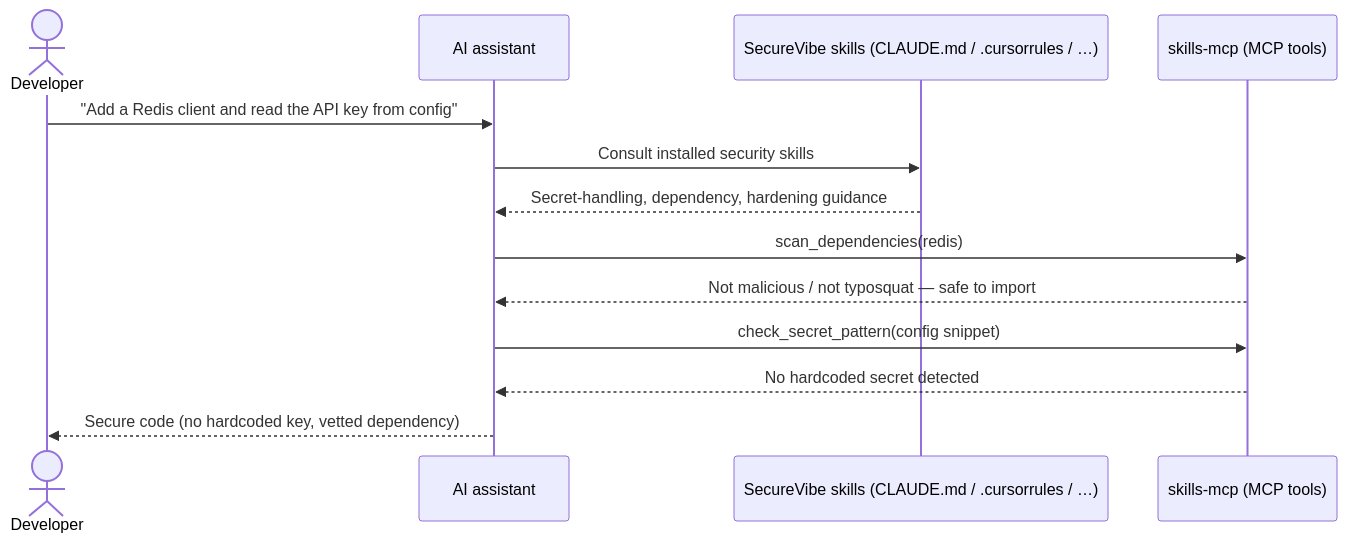
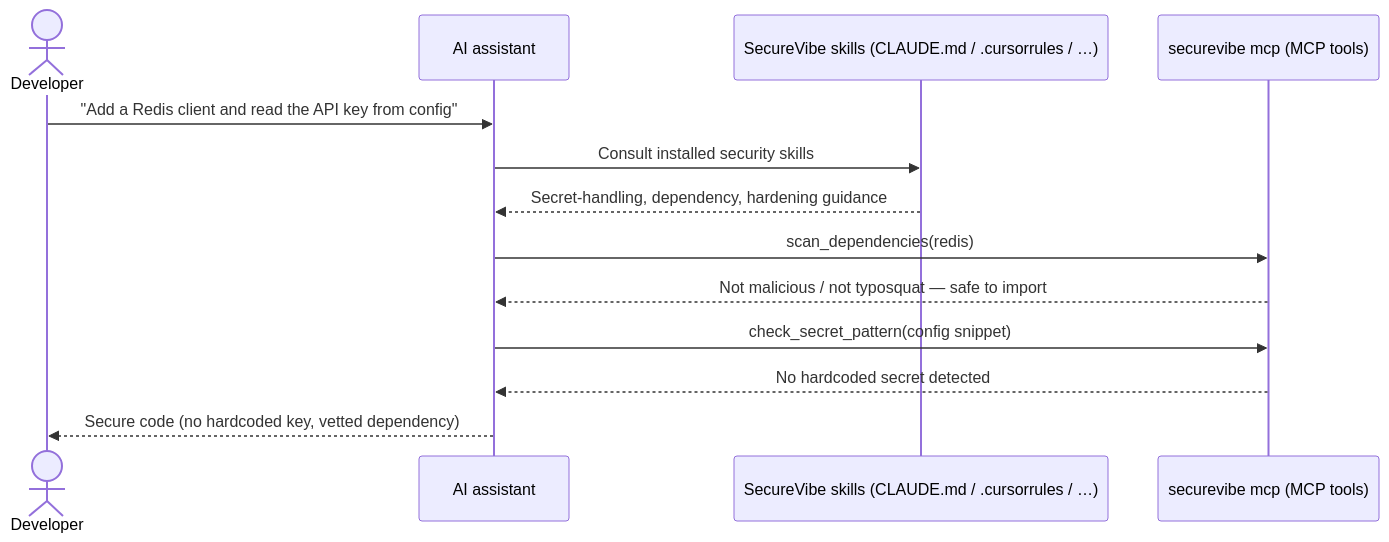
The diagram in docs/guides/developer.md (ShieldNet-360/securevibe), drawn with Mermaid before and after one commit. The commit also changed other lines of this file and 4 other files, not shown here.

First line of the commit message:
docs(guides): consistent naming — skills-check->securevibe, skills-mcp->securevibe mcp, install->npm

````diff
--- a/docs/guides/developer.md
+++ b/docs/guides/developer.md
@@ -18,16 +18,16 @@
 ```mermaid
 sequenceDiagram
     actor Dev as Developer
     participant AI as AI assistant
     participant Skills as SecureVibe skills (CLAUDE.md / .cursorrules / …)
-    participant MCP as skills-mcp (MCP tools)
+    participant MCP as securevibe mcp (MCP tools)
 
     Dev->>AI: "Add a Redis client and read the API key from config"
     AI->>Skills: Consult installed security skills
     Skills-->>AI: Secret-handling, dependency, hardening guidance
     AI->>MCP: scan_dependencies(redis)
     MCP-->>AI: Not malicious / not typosquat — safe to import
     AI->>MCP: check_secret_pattern(config snippet)
     MCP-->>AI: No hardcoded secret detected
     AI-->>Dev: Secure code (no hardcoded key, vetted dependency)
 ```
````
